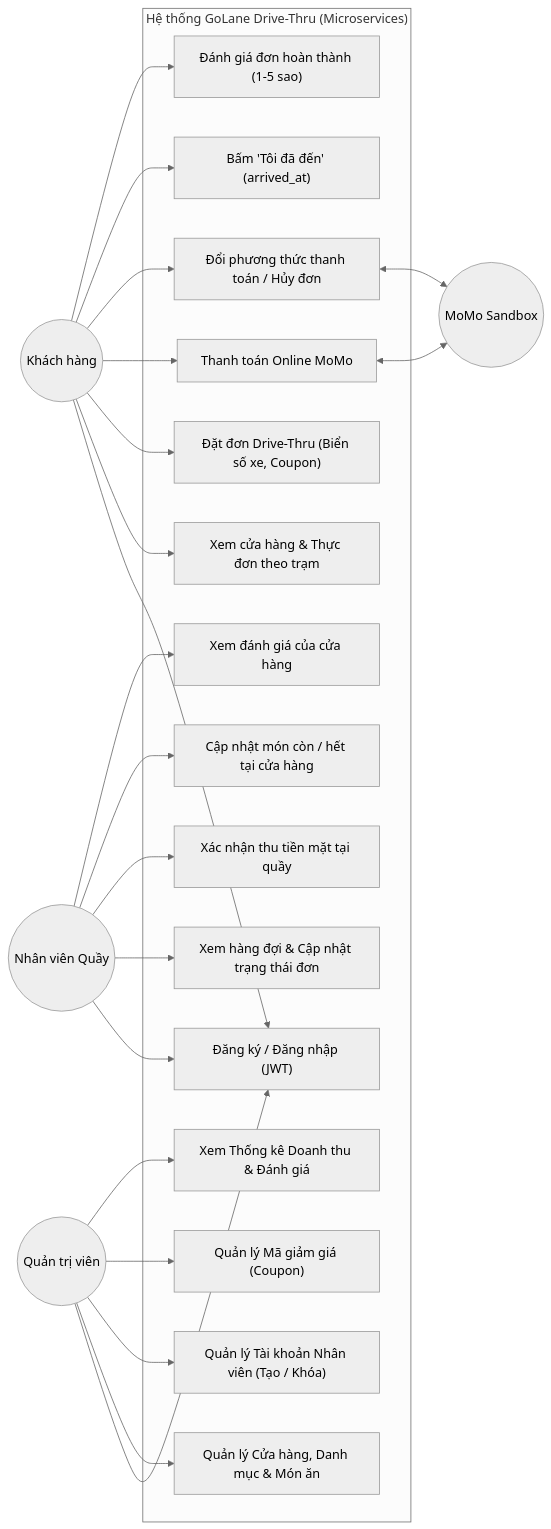
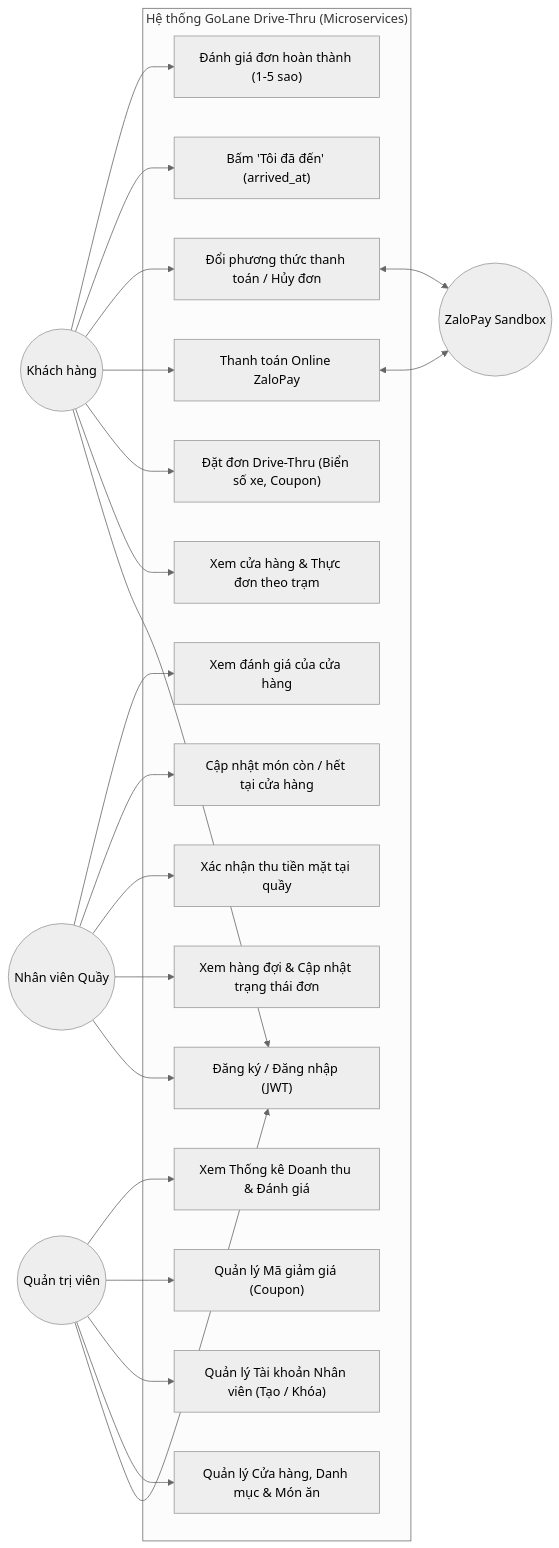
One commit to MinhThaiDangCap/SOA_FinalReport_DriveThru changed the first of 4 diagrams in docs/THIET_KE_HE_THONG_USECASE_ERD.md. Above: the diagram before and after it, drawn with Mermaid (neutral theme). The commit also changed other lines of this file and 30 other files, not shown here.

First line of the commit message:
feat(payment): chỉ còn ZaloPay và tiền mặt, đơn đã trả không tự hủy

````diff
--- a/docs/THIET_KE_HE_THONG_USECASE_ERD.md
+++ b/docs/THIET_KE_HE_THONG_USECASE_ERD.md
@@ -15,50 +15,50 @@
 ```mermaid
 flowchart LR
     C((Khách hàng))
     S((Nhân viên Quầy))
     A((Quản trị viên))
-    M((MoMo Sandbox))
+    M((ZaloPay Sandbox))
 
     subgraph GoLane["Hệ thống GoLane Drive-Thru (Microservices)"]
         UC1["Đăng ký / Đăng nhập (JWT)"]
         UC2["Xem cửa hàng & Thực đơn theo trạm"]
         UC3["Đặt đơn Drive-Thru (Biển số xe, Coupon)"]
-        UC4["Thanh toán Online MoMo"]
+        UC4["Thanh toán Online ZaloPay"]
         UC5["Đổi phương thức thanh toán / Hủy đơn"]
         UC6["Bấm 'Tôi đã đến' (arrived_at)"]
         UC7["Đánh giá đơn hoàn thành (1-5 sao)"]
 
         UC8["Xem hàng đợi & Cập nhật trạng thái đơn"]
         UC9["Xác nhận thu tiền mặt tại quầy"]
         UC10["Cập nhật món còn / hết tại cửa hàng"]
         UC11["Xem đánh giá của cửa hàng"]
 
         UC12["Quản lý Cửa hàng, Danh mục & Món ăn"]
         UC13["Quản lý Tài khoản Nhân viên (Tạo / Khóa)"]
         UC14["Quản lý Mã giảm giá (Coupon)"]
         UC15["Xem Thống kê Doanh thu & Đánh giá"]
     end
 
     C --> UC1
     C --> UC2
     C --> UC3
     C --> UC4
     C --> UC5
     C --> UC6
     C --> UC7
 
     S --> UC1
     S --> UC8
     S --> UC9
     S --> UC10
     S --> UC11
 
     A --> UC1
     A --> UC12
     A --> UC13
     A --> UC14
     A --> UC15
 
     UC4 <--> M
     UC5 <--> M
 ```
````
